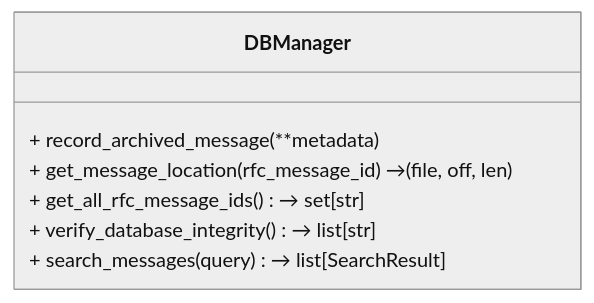
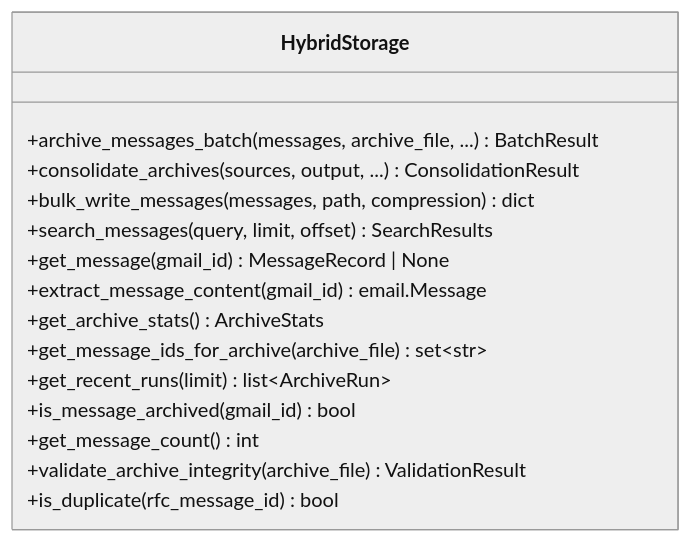
Before and after one commit to tumma72/GMailArchiver: diagram 19 of 23 in docs/ARCHITECTURE.md, drawn with Mermaid (neutral theme). The commit also changed other lines of this file and 53 other files, not shown here.

First line of the commit message:
refactor: Major architecture cleanup - HybridStorage as single data gateway

````diff
--- a/docs/ARCHITECTURE.md
+++ b/docs/ARCHITECTURE.md
@@ -771,10 +802,25 @@
 ```mermaid
 classDiagram
-class DBManager {
-	+ record_archived_message(**metadata)
-	+ get_message_location(rfc_message_id) → (file, off, len)
-	+ get_all_rfc_message_ids() → set[str]
-	+ verify_database_integrity() → list[str]
-	+ search_messages(query) → list[SearchResult]
+class HybridStorage {
+    %% WRITE OPERATIONS
+    +archive_messages_batch(messages, archive_file, ...) BatchResult
+    +consolidate_archives(sources, output, ...) ConsolidationResult
+    +bulk_write_messages(messages, path, compression) dict
+
+    %% READ OPERATIONS
+    +search_messages(query, limit, offset) SearchResults
+    +get_message(gmail_id) MessageRecord | None
+    +extract_message_content(gmail_id) email.Message
+
+    %% STATISTICS
+    +get_archive_stats() ArchiveStats
+    +get_message_ids_for_archive(archive_file) set~str~
+    +get_recent_runs(limit) list~ArchiveRun~
+    +is_message_archived(gmail_id) bool
+    +get_message_count() int
+
+    %% VALIDATION
+    +validate_archive_integrity(archive_file) ValidationResult
+    +is_duplicate(rfc_message_id) bool
 }
 ```
````
